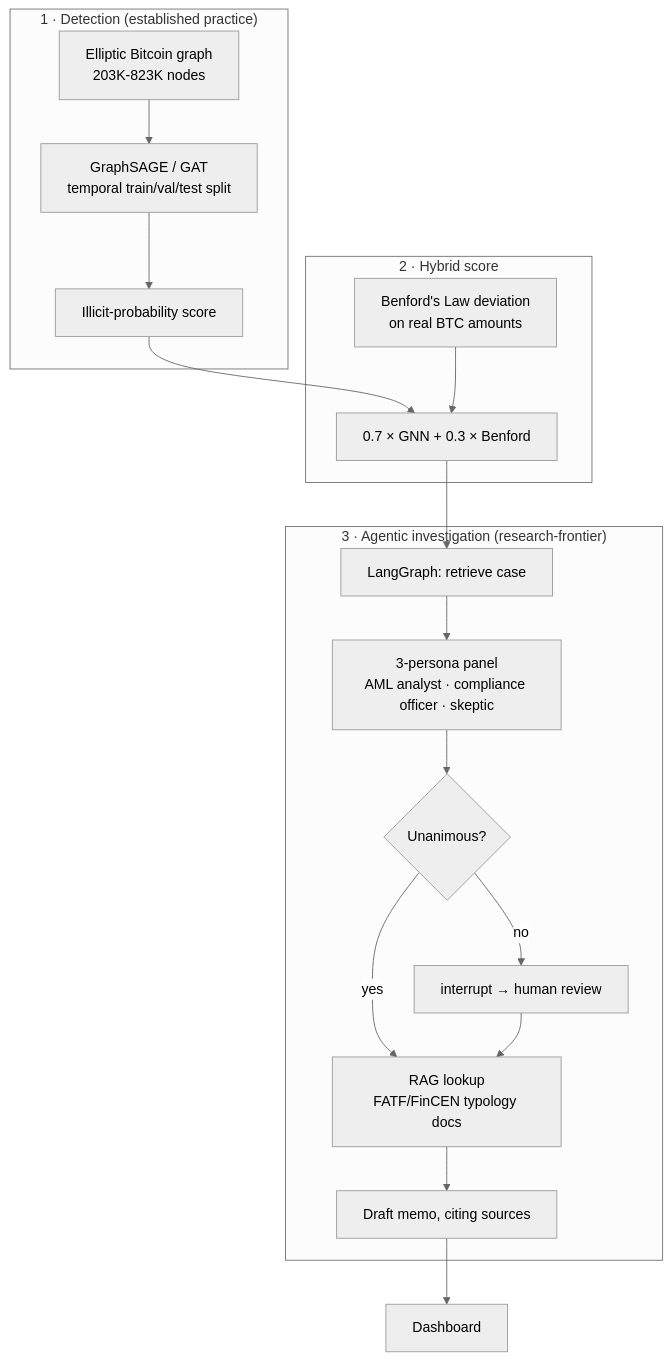
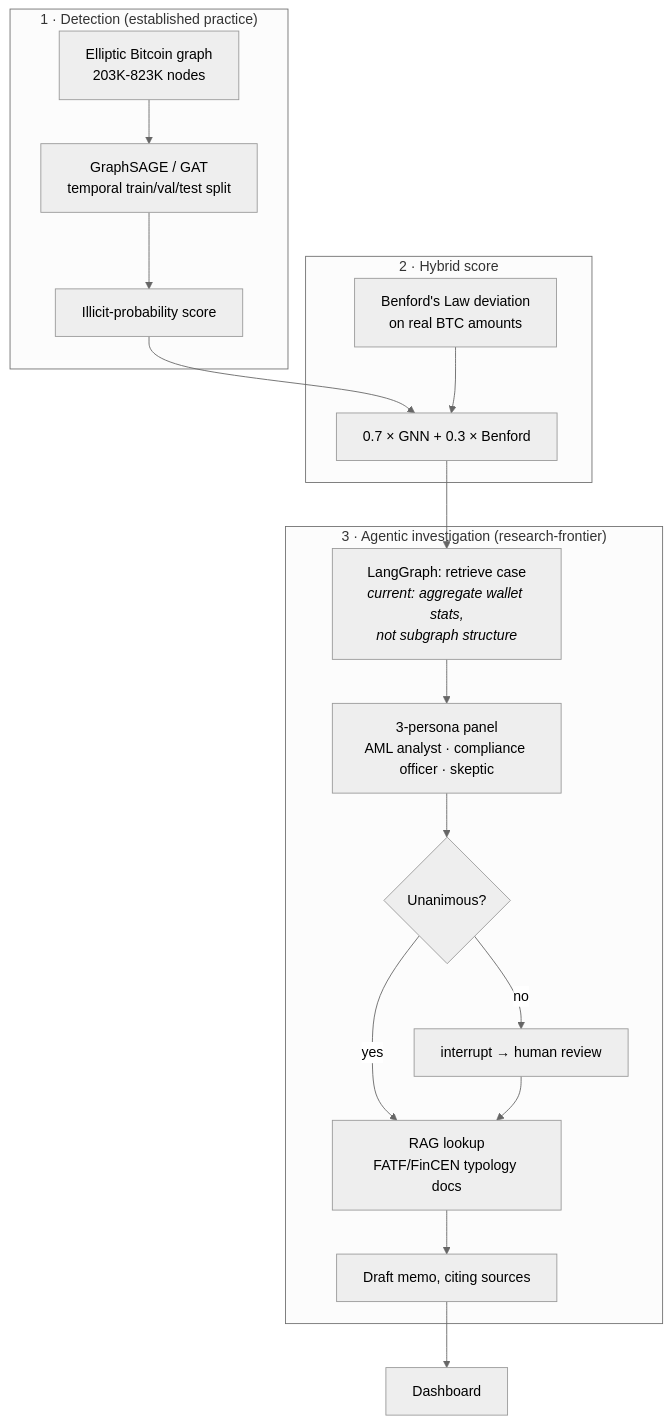
The diagram in README.md (Niveditha-04/Fraudgraph), drawn with Mermaid (neutral theme) before and after one commit. The commit also changed other lines of this file and 9 other files, not shown here.

````diff
--- a/README.md
+++ b/README.md
@@ -19,21 +19,21 @@
 ```mermaid
 flowchart TB
     subgraph Detection["1 · Detection (established practice)"]
         A[Elliptic Bitcoin graph<br/>203K-823K nodes] --> B[GraphSAGE / GAT<br/>temporal train/val/test split]
         B --> C[Illicit-probability score]
     end
     subgraph Hybrid["2 · Hybrid score"]
         C --> D[0.7 × GNN + 0.3 × Benford]
         E[Benford's Law deviation<br/>on real BTC amounts] --> D
     end
     subgraph Investigation["3 · Agentic investigation (research-frontier)"]
-        D --> F[LangGraph: retrieve case]
+        D --> F["LangGraph: retrieve case<br/><i>current: aggregate wallet stats,<br/>not subgraph structure</i>"]
         F --> G[3-persona panel<br/>AML analyst · compliance officer · skeptic]
         G --> H{Unanimous?}
         H -->|yes| I[RAG lookup<br/>FATF/FinCEN typology docs]
         H -->|no| J[interrupt → human review]
         J --> I
         I --> K[Draft memo, citing sources]
     end
     K --> L[Dashboard]
 ```
````
